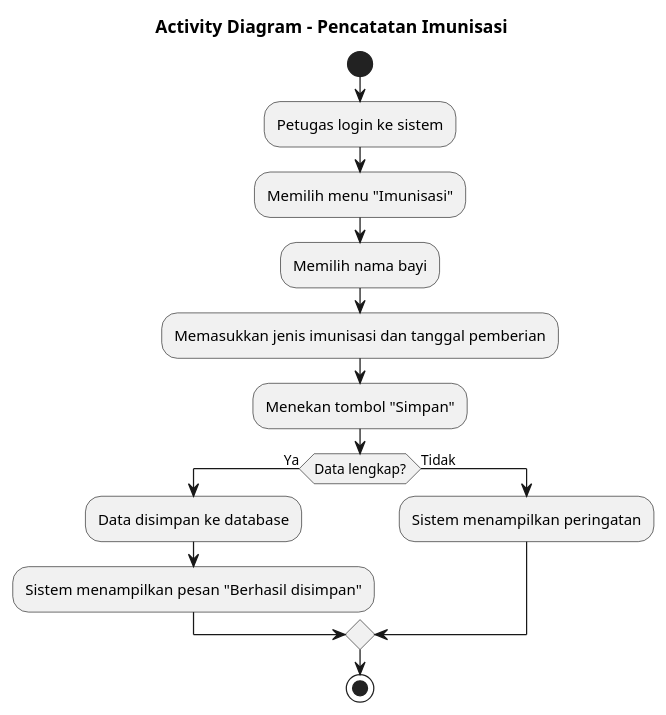
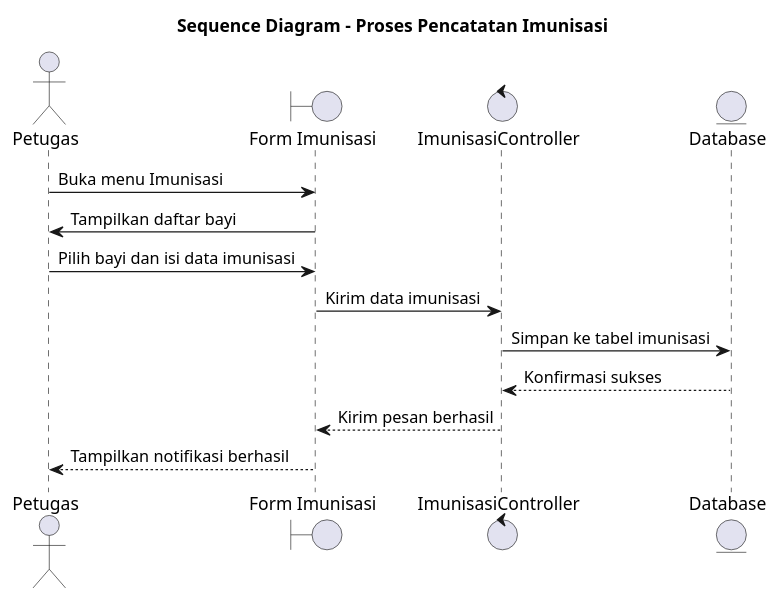
Before and after one commit to RiansyahTohamba/electron-posyandu-anawai: the diagram in UML/seq_pencatatan_imunisasi.puml, drawn with PlantUML. The commit also changed other lines of this file, not shown here.

Commit message:
update seq

```diff
--- a/UML/seq_pencatatan_imunisasi.puml
+++ b/UML/seq_pencatatan_imunisasi.puml
@@ -1,17 +1,17 @@
 @startuml
-title Activity Diagram - Pencatatan Imunisasi
+title Sequence Diagram - Proses Pencatatan Imunisasi
 
-start
-:Petugas login ke sistem;
-:Memilih menu "Imunisasi";
-:Memilih nama bayi;
-:Memasukkan jenis imunisasi dan tanggal pemberian;
-:Menekan tombol "Simpan";
-if (Data lengkap?) then (Ya)
-    :Data disimpan ke database;
-    :Sistem menampilkan pesan "Berhasil disimpan";
-else (Tidak)
-    :Sistem menampilkan peringatan;
-endif
-stop
+actor Petugas
+boundary "Form Imunisasi" as Form
+control "ImunisasiController" as Controller
+entity "Database" as DB
+
+Petugas -> Form: Buka menu Imunisasi
+Form -> Petugas: Tampilkan daftar bayi
+Petugas -> Form: Pilih bayi dan isi data imunisasi
+Form -> Controller: Kirim data imunisasi
+Controller -> DB: Simpan ke tabel imunisasi
+DB --> Controller: Konfirmasi sukses
+Controller --> Form: Kirim pesan berhasil
+Form --> Petugas: Tampilkan notifikasi berhasil
 @enduml
```
